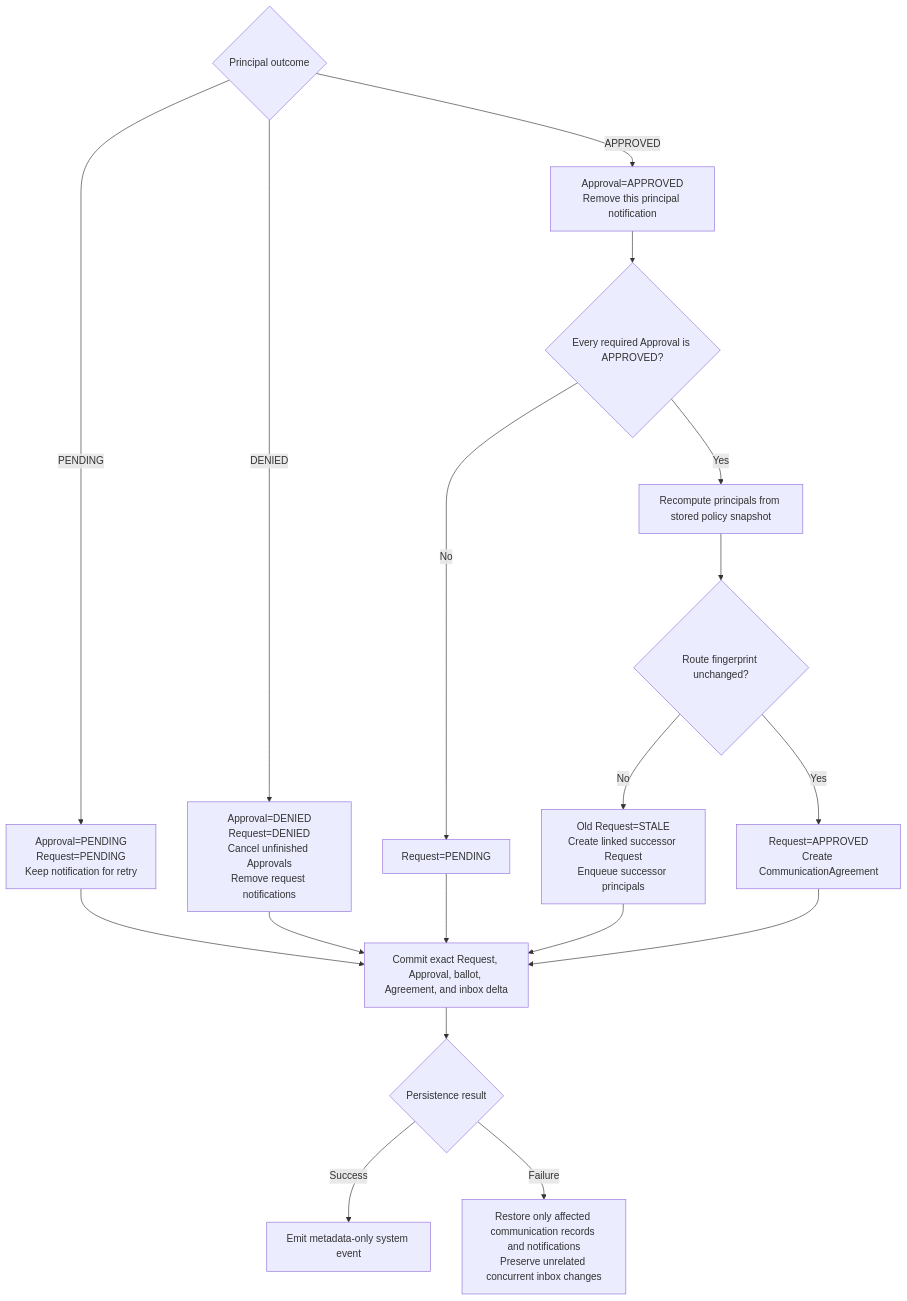
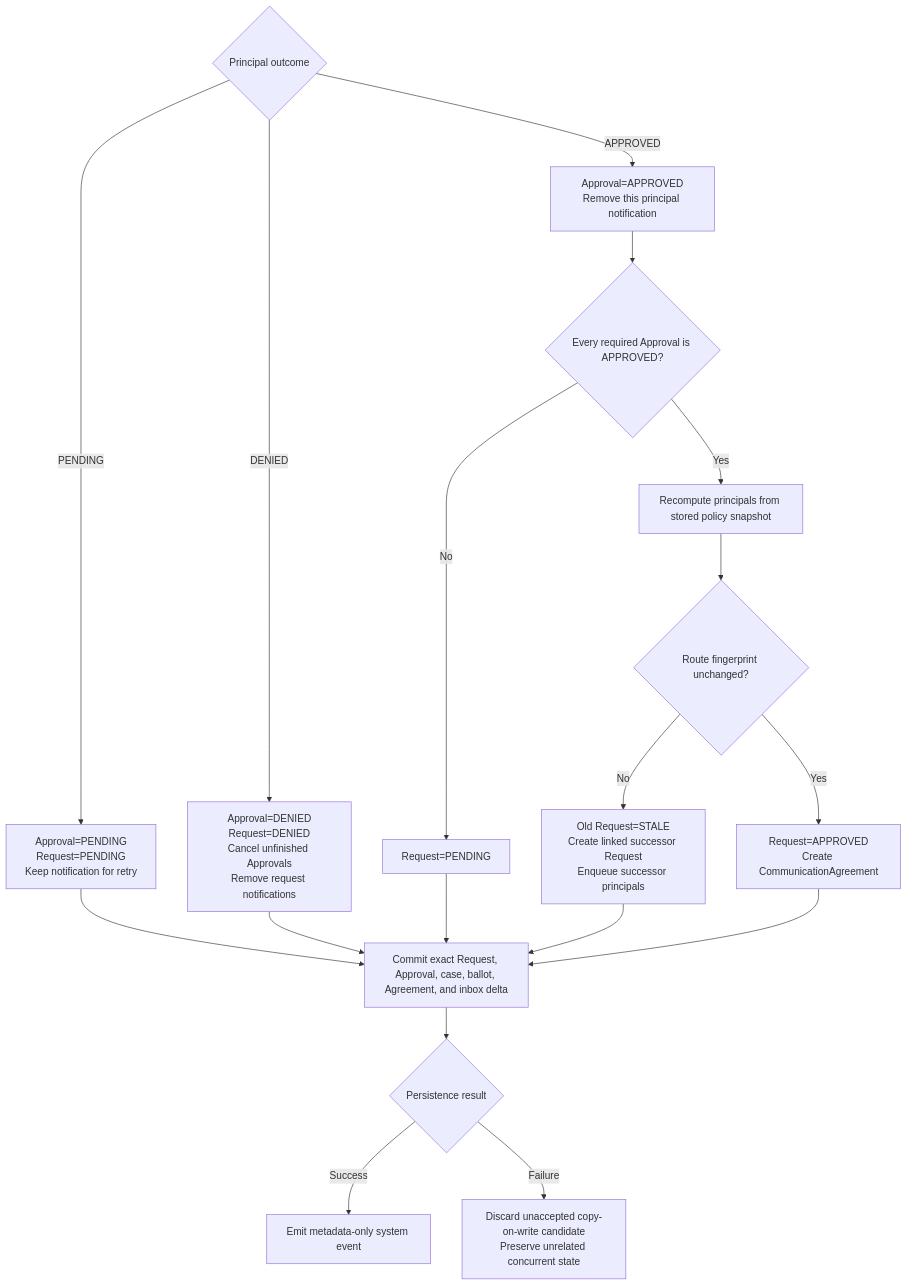
Before and after one commit to AI-Team-Team/AI-Team-Team: the fifth of 9 diagrams in docs/flowcharts/Autonomous_Communication_Governance.md, drawn with Mermaid. The commit also changed other lines of this file and 310 other files, not shown here.

````diff
--- a/docs/flowcharts/Autonomous_Communication_Governance.md
+++ b/docs/flowcharts/Autonomous_Communication_Governance.md
@@ -273,20 +201,20 @@
 ```mermaid
 flowchart TD
     Outcome{"Principal outcome"} -- "PENDING" --> Retry["Approval=PENDING<br/>Request=PENDING<br/>Keep notification for retry"]
     Outcome -- "DENIED" --> Denied["Approval=DENIED<br/>Request=DENIED<br/>Cancel unfinished Approvals<br/>Remove request notifications"]
     Outcome -- "APPROVED" --> Mark["Approval=APPROVED<br/>Remove this principal notification"]
     Mark --> All{"Every required Approval is APPROVED?"}
     All -- "No" --> Waiting["Request=PENDING"]
     All -- "Yes" --> Recompute["Recompute principals from stored policy snapshot"]
     Recompute --> Fingerprint{"Route fingerprint unchanged?"}
     Fingerprint -- "No" --> Stale["Old Request=STALE<br/>Create linked successor Request<br/>Enqueue successor principals"]
     Fingerprint -- "Yes" --> Agreement["Request=APPROVED<br/>Create CommunicationAgreement"]
-    Retry --> Commit["Commit exact Request, Approval, ballot, Agreement, and inbox delta"]
+    Retry --> Commit["Commit exact Request, Approval, case, ballot, Agreement, and inbox delta"]
     Denied --> Commit
     Waiting --> Commit
     Stale --> Commit
     Agreement --> Commit
     Commit --> Result{"Persistence result"}
     Result -- "Success" --> Publish["Emit metadata-only system event"]
-    Result -- "Failure" --> Rollback["Restore only affected communication records and notifications<br/>Preserve unrelated concurrent inbox changes"]
+    Result -- "Failure" --> Rollback["Discard unaccepted copy-on-write candidate<br/>Preserve unrelated concurrent state"]
 ```
````
